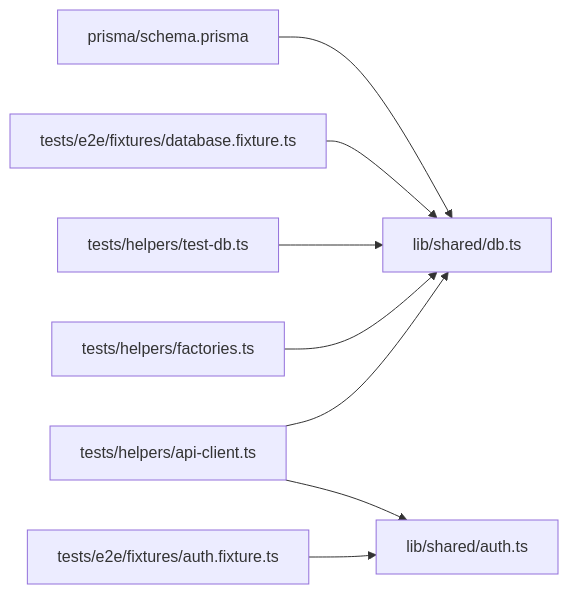
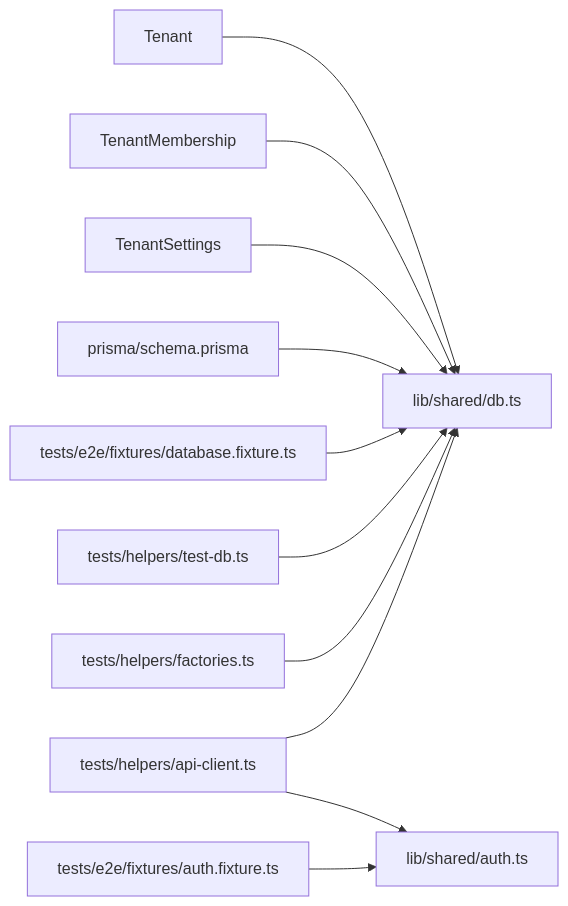
The fifth of 5 diagrams in .qoder/repowiki/en/content/Testing Strategy/Testing Infrastructure.md (nzey11/erp-new), drawn with Mermaid before and after one commit. The commit also changed other lines of this file and 5 other files, not shown here.

````diff
--- a/.qoder/repowiki/en/content/Testing Strategy/Testing Infrastructure.md
+++ b/.qoder/repowiki/en/content/Testing Strategy/Testing Infrastructure.md
@@ -366,10 +416,13 @@
 ```mermaid
 graph LR
 F["tests/helpers/factories.ts"] --> DB["lib/shared/db.ts"]
 AC["tests/helpers/api-client.ts"] --> AU["lib/shared/auth.ts"]
 AC --> DB
 TD["tests/helpers/test-db.ts"] --> DB
 AF["tests/e2e/fixtures/auth.fixture.ts"] --> AU
 DF["tests/e2e/fixtures/database.fixture.ts"] --> DB
 SC["prisma/schema.prisma"] --> DB
+TS["TenantSettings"] --> DB
+TM["TenantMembership"] --> DB
+T["Tenant"] --> DB
 ```
````
